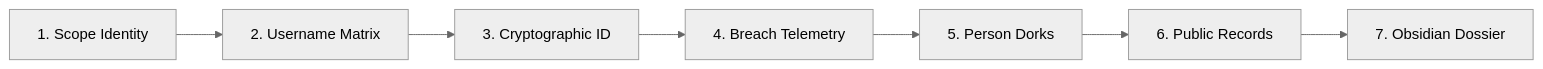
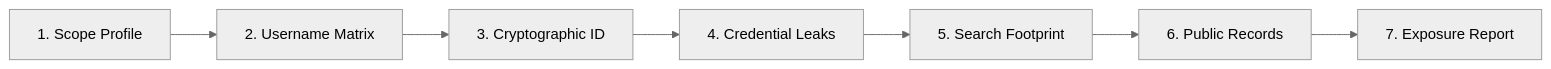
The diagram in README.md (mrnickpeer/Visage), drawn with Mermaid (neutral theme) before and after one commit. The commit also changed other lines of this file and 8 other files, not shown here.

````diff
--- a/README.md
+++ b/README.md
@@ -32,9 +32,9 @@
 ```mermaid
 flowchart LR
-    S1["1. Scope Identity"] --> S2["2. Username Matrix"]
+    S1["1. Scope Profile"] --> S2["2. Username Matrix"]
     S2 --> S3["3. Cryptographic ID"]
-    S3 --> S4["4. Breach Telemetry"]
-    S4 --> S5["5. Person Dorks"]
+    S3 --> S4["4. Credential Leaks"]
+    S4 --> S5["5. Search Footprint"]
     S5 --> S6["6. Public Records"]
-    S6 --> S7["7. Obsidian Dossier"]
+    S6 --> S7["7. Exposure Report"]
 ```
````
